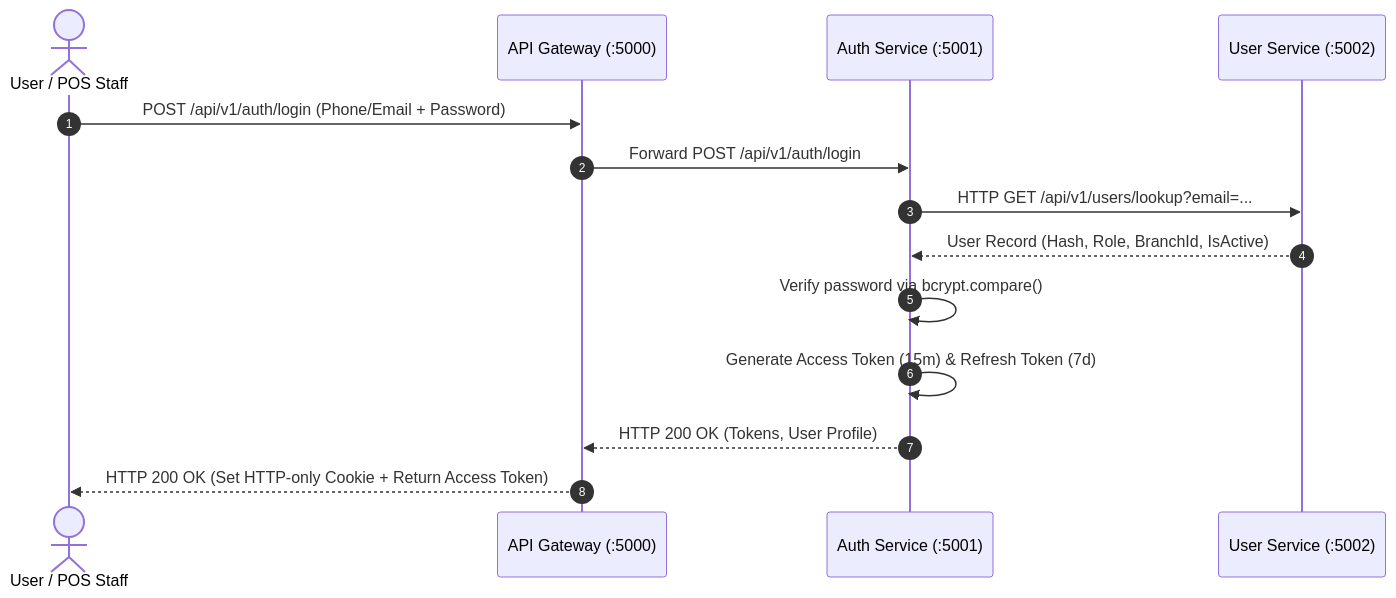
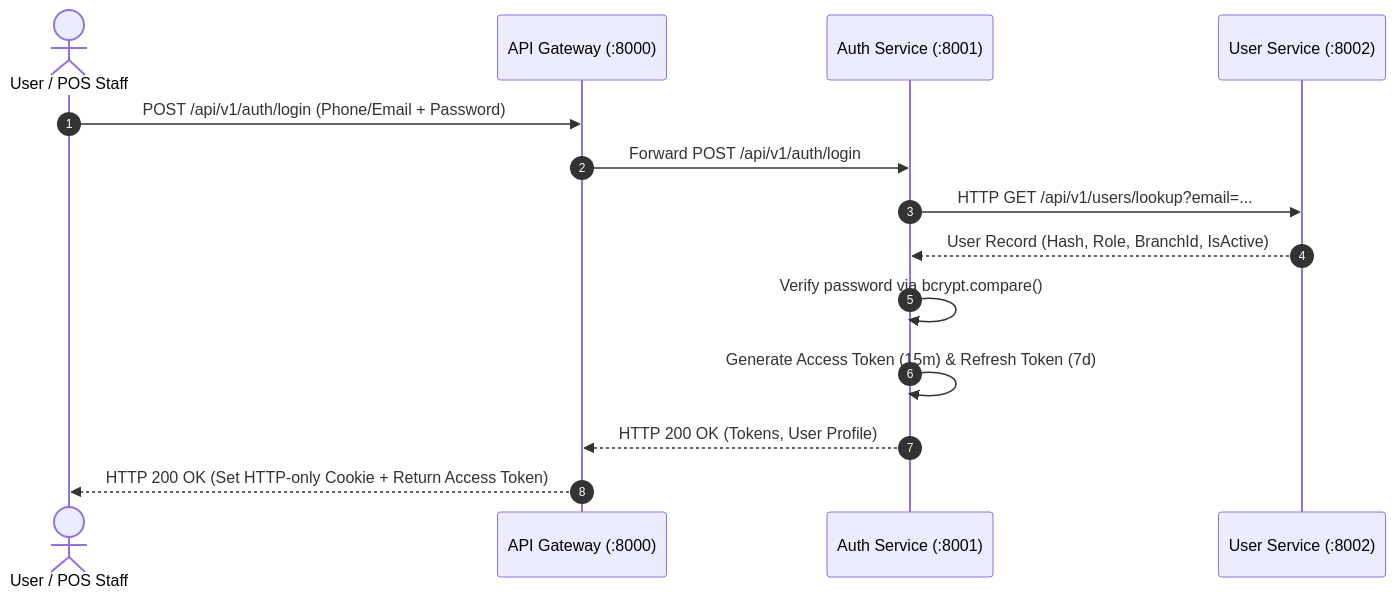
The first of 3 diagrams in documentation/SERVICE_COMMUNICATION.md (kishore-9959/restaurant-management-system), drawn with Mermaid before and after one commit. The commit also changed other lines of this file and 125 other files, not shown here.

````diff
--- a/documentation/SERVICE_COMMUNICATION.md
+++ b/documentation/SERVICE_COMMUNICATION.md
@@ -117,17 +117,17 @@
 ```mermaid
 sequenceDiagram
     autonumber
     actor Client as User / POS Staff
-    participant GW as API Gateway (:5000)
-    participant Auth as Auth Service (:5001)
-    participant User as User Service (:5002)
+    participant GW as API Gateway (:8000)
+    participant Auth as Auth Service (:8001)
+    participant User as User Service (:8002)
 
     Client->>GW: POST /api/v1/auth/login (Phone/Email + Password)
     GW->>Auth: Forward POST /api/v1/auth/login
     Auth->>User: HTTP GET /api/v1/users/lookup?email=...
     User-->>Auth: User Record (Hash, Role, BranchId, IsActive)
     Auth->>Auth: Verify password via bcrypt.compare()
     Auth->>Auth: Generate Access Token (15m) & Refresh Token (7d)
     Auth-->>GW: HTTP 200 OK (Tokens, User Profile)
     GW-->>Client: HTTP 200 OK (Set HTTP-only Cookie + Return Access Token)
 ```
````
